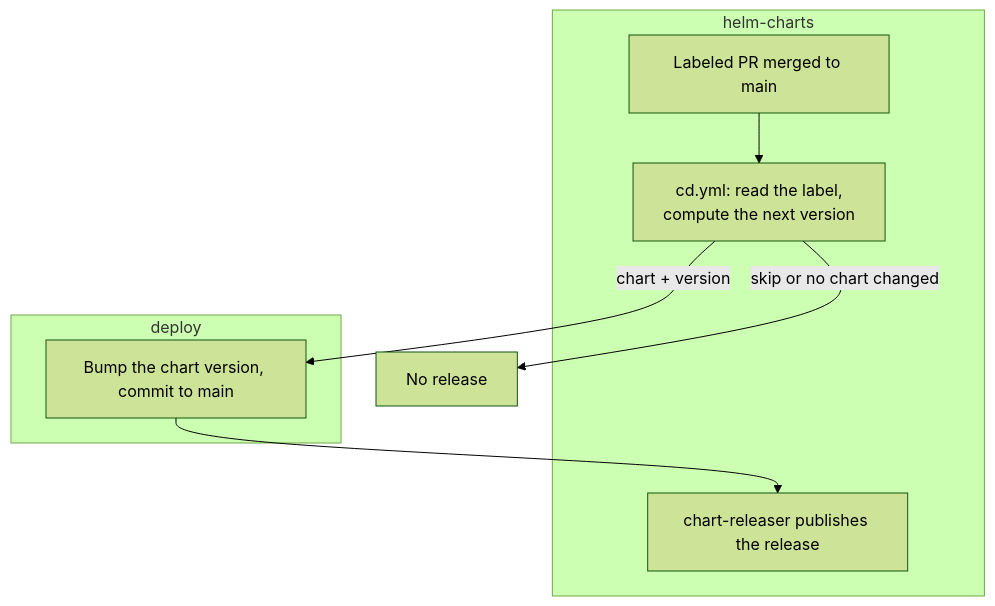
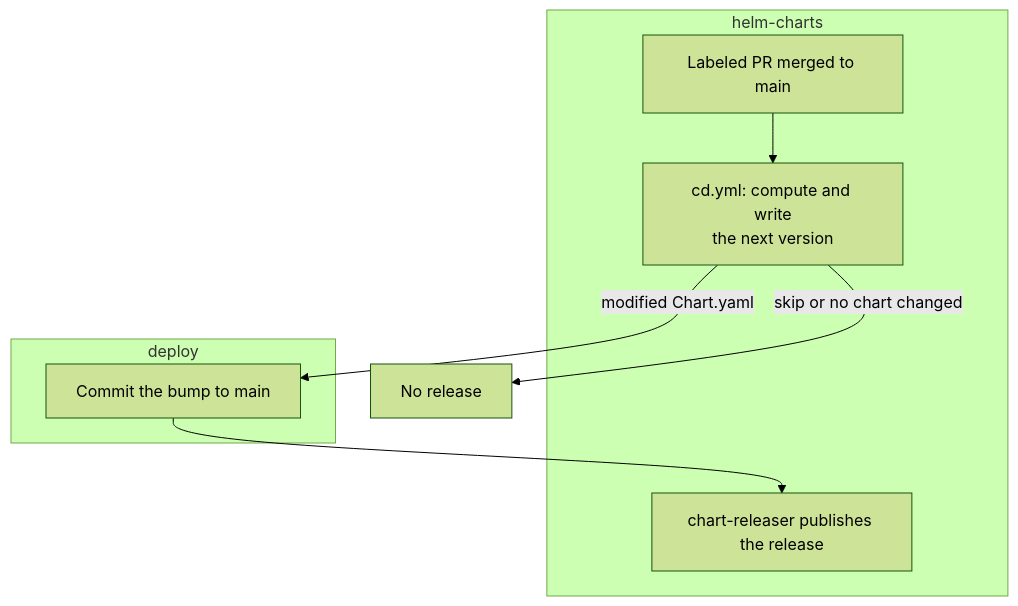
One commit to bitwarden/helm-charts changed the diagram in CONTRIBUTING.md. Above: the diagram before and after it, drawn with Mermaid (forest theme). The commit also changed other lines of this file and 2 other files, not shown here.

Commit message:
Refactor to use update-repository task

````diff
--- a/CONTRIBUTING.md
+++ b/CONTRIBUTING.md
@@ -35,13 +35,13 @@
 ```mermaid
 flowchart TD
     subgraph helm["helm-charts"]
-        A["Labeled PR merged to main"] --> B["cd.yml: read the label,<br/>compute the next version"]
+        A["Labeled PR merged to main"] --> B["cd.yml: compute and write<br/>the next version"]
         E["chart-releaser publishes the release"]
     end
     subgraph deploy["deploy"]
-        D["Bump the chart version, commit to main"]
+        D["Commit the bump to main"]
     end
     B -->|"skip or no chart changed"| C["No release"]
-    B -->|"chart + version"| D
+    B -->|"modified Chart.yaml"| D
     D --> E
 ```
````
